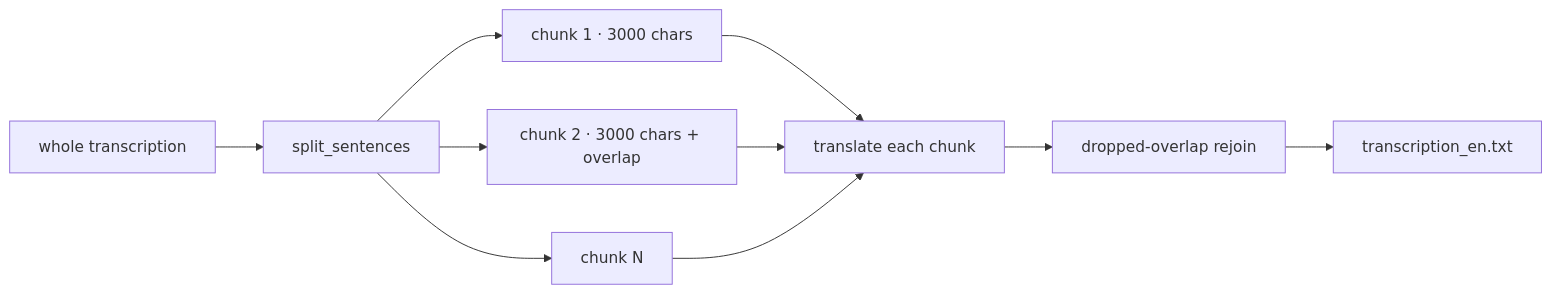
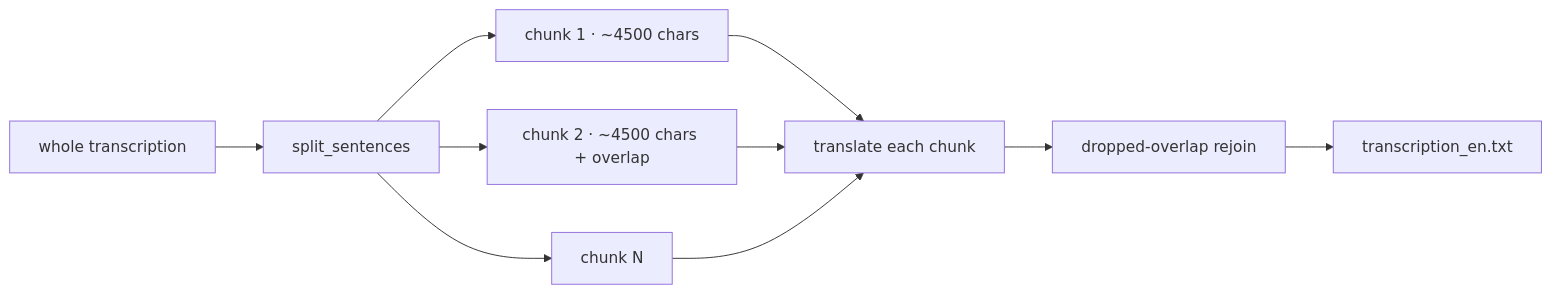
One commit to bobbyphtr/transcription-local-ai changed the second of 2 diagrams in scripts/README.md. Above: the diagram before and after it, drawn with Mermaid. The commit also changed other lines of this file and 14 other files, not shown here.

````diff
--- a/scripts/README.md
+++ b/scripts/README.md
@@ -79,12 +88,12 @@
 ```mermaid
 flowchart LR
     A[whole transcription] --> B[split_sentences]
-    B --> C[chunk 1 · 3000 chars]
-    B --> D[chunk 2 · 3000 chars + overlap]
+    B --> C[chunk 1 · ~4500 chars]
+    B --> D[chunk 2 · ~4500 chars + overlap]
     B --> E[chunk N]
     C --> F[translate each chunk]
     D --> F
     E --> F
     F --> G[dropped-overlap rejoin]
     G --> H[transcription_en.txt]
 ```
````
